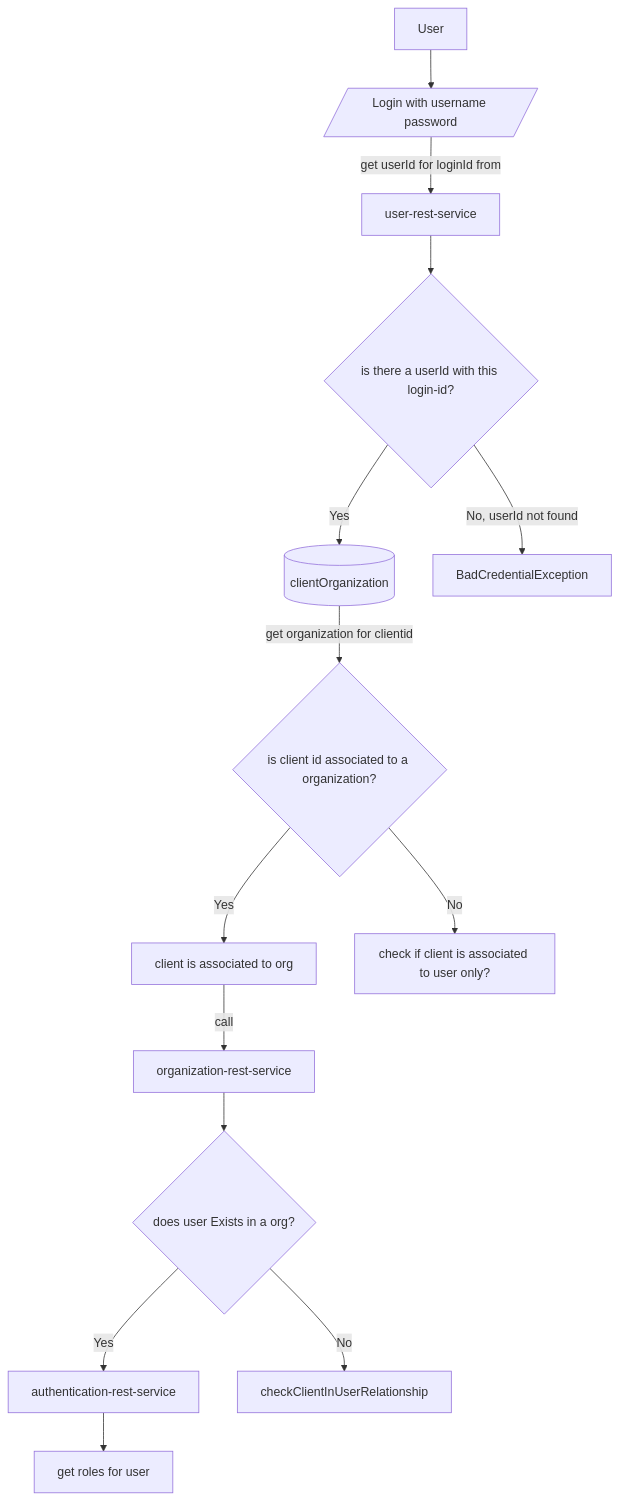
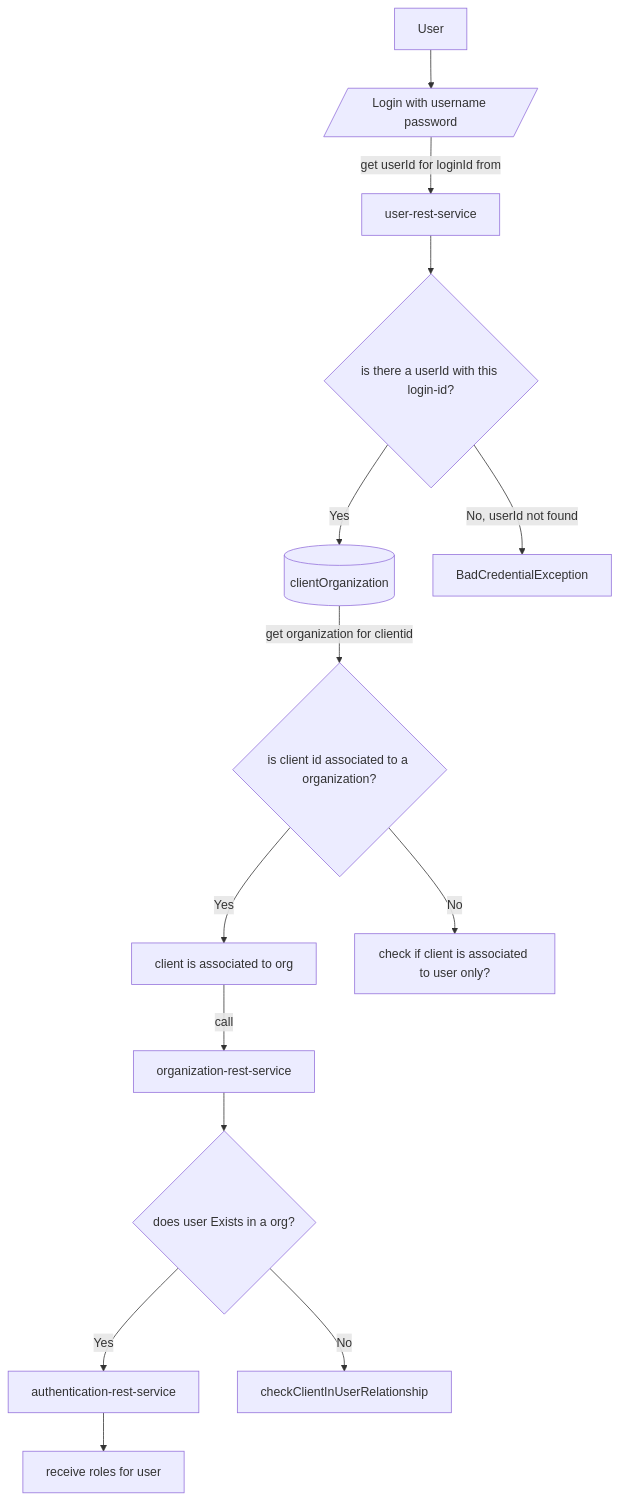
The diagram in README.md (sonamsamdupkhangsar/spring-authorization-serve), drawn with Mermaid before and after one commit.

````diff
--- a/README.md
+++ b/README.md
@@ -35,21 +35,21 @@
 ```mermaid
 flowchart TD
  User -->login[/Login with username password/]
  login --get userId for loginId from--> userRestService["user-rest-service"]
  userRestService --> getUserId{is there a userId with this login-id?}
  getUserId-->|Yes|clientOrganizationRepo[(clientOrganization)]
  clientOrganizationRepo --get organization for clientid-->checkClientInOrg{is client id associated to a organization?}
  getUserId -->|No, userId not found|returnError[BadCredentialException]
  
  
  checkClientInOrg -->|Yes|clientIsInOrg[client is associated to org]
  checkClientInOrg -->|No|checkClientUserRelationship["check if client is associated to user only?"]
  clientIsInOrg --call--> orgRestService["organization-rest-service"]
  orgRestService --> checkUserExistsInOrg{does user Exists in a org?} 
  checkUserExistsInOrg -->|Yes|authenticate["authentication-rest-service"]
  
  checkUserExistsInOrg -->|No| checkClientInUserRelationship 
  
- authenticate --> getRoles[get roles for user]
+ authenticate --> receiveRoles[receive roles for user]
  
 ```
````
